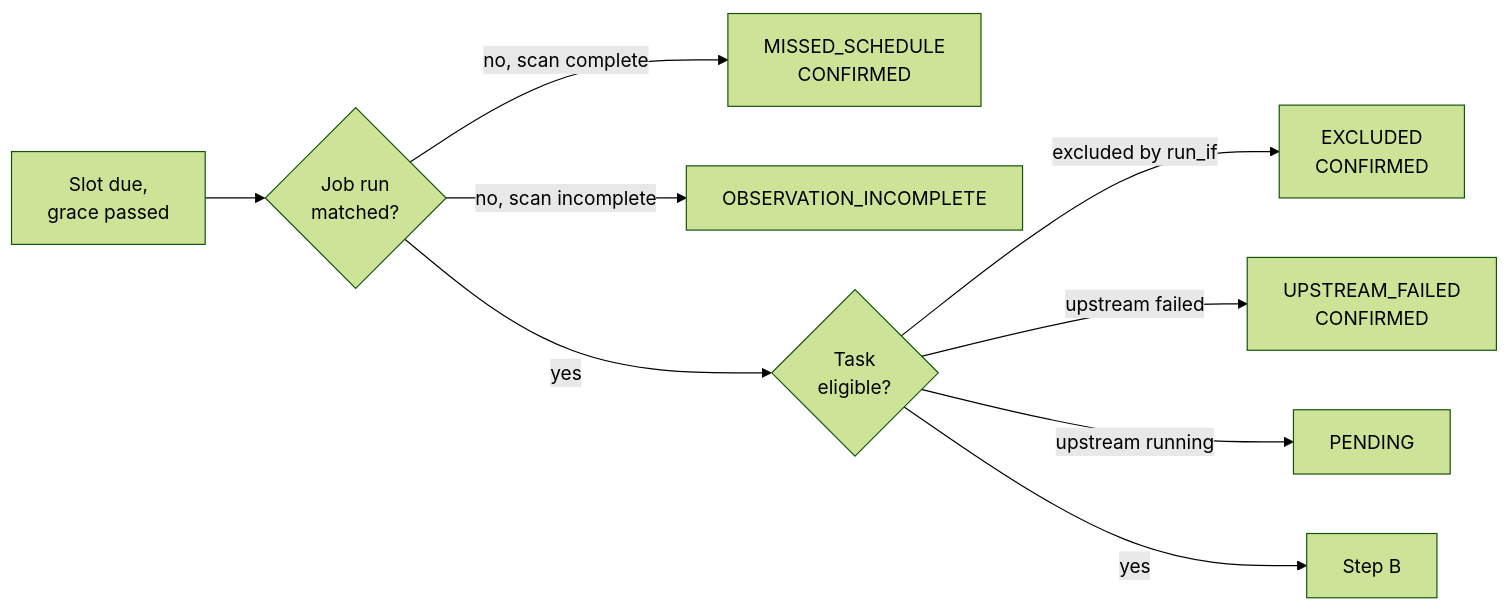
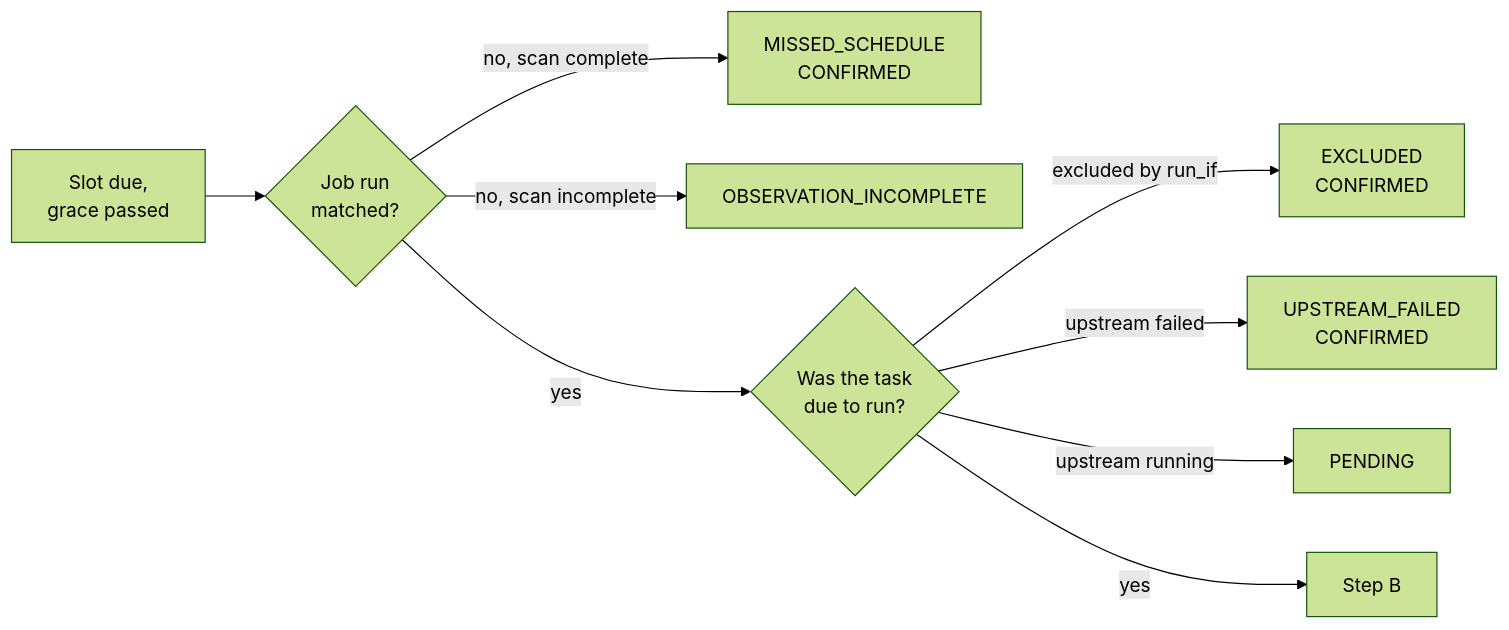
Before and after one commit to arbaizam/lakehouse_runledger: diagram 15 of 29 in docs/design.md, drawn with Mermaid (forest theme). The commit also changed other lines of this file, not shown here.

````diff
--- a/docs/design.md
+++ b/docs/design.md
@@ -1126,11 +1179,11 @@
 ```mermaid
 flowchart LR
   S["Slot due,<br/>grace passed"] --> J{"Job run<br/>matched?"}
   J -->|"no, scan complete"| MS["MISSED_SCHEDULE<br/>CONFIRMED"]
   J -->|"no, scan incomplete"| OI["OBSERVATION_INCOMPLETE"]
-  J -->|yes| EL{"Task<br/>eligible?"}
+  J -->|yes| EL{"Was the task<br/>due to run?"}
   EL -->|"excluded by run_if"| EX["EXCLUDED<br/>CONFIRMED"]
   EL -->|"upstream failed"| UF["UPSTREAM_FAILED<br/>CONFIRMED"]
   EL -->|"upstream running"| PE["PENDING"]
   EL -->|yes| B["Step B"]
 ```
````
